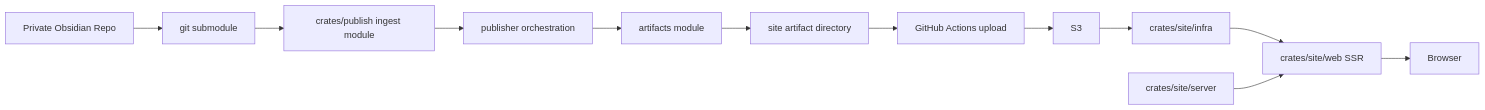
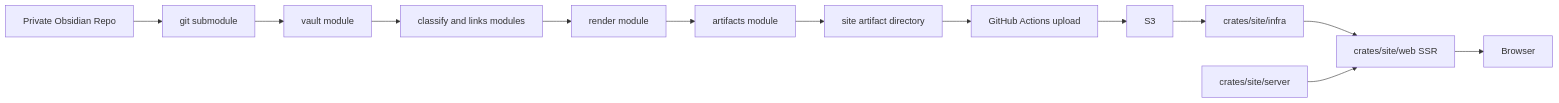
Before and after one commit to okawak/okawak_blog: the first of 4 diagrams in docs/architecture/architecture.md, drawn with Mermaid. The commit also changed other lines of this file and 17 other files, not shown here.

First line of the commit message:
Organize publisher module boundaries (#147)

````diff
--- a/docs/architecture/architecture.md
+++ b/docs/architecture/architecture.md
@@ -22,14 +23,15 @@
 ```mermaid
 flowchart LR
     A[Private Obsidian Repo] --> B[git submodule]
-    B --> C[crates/publish ingest module]
-    C --> D[publisher orchestration]
-    D --> E[artifacts module]
-    E --> F[site artifact directory]
-    F --> G[GitHub Actions upload]
-    G --> H[S3]
-    H --> I[crates/site/infra]
-    I --> K[crates/site/web SSR]
-    J[crates/site/server] --> K
-    K --> L[Browser]
+    B --> C[vault module]
+    C --> D[classify and links modules]
+    D --> E[render module]
+    E --> F[artifacts module]
+    F --> G[site artifact directory]
+    G --> H[GitHub Actions upload]
+    H --> I[S3]
+    I --> J[crates/site/infra]
+    J --> L[crates/site/web SSR]
+    K[crates/site/server] --> L
+    L --> M[Browser]
 ```
````
